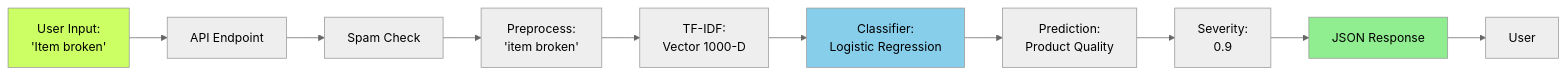
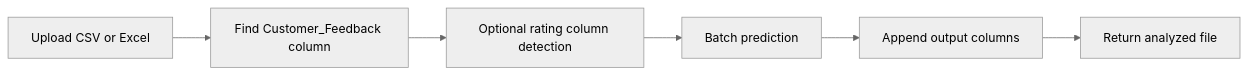
The third of 5 diagrams in Docs/PIPELINE_FLOW_DIAGRAM.md (Morbius00/Return-Intelligence-System-RIS-), drawn with Mermaid (neutral theme) before and after one commit. The commit also changed other lines of this file and 11 other files, not shown here.

````diff
--- a/Docs/PIPELINE_FLOW_DIAGRAM.md
+++ b/Docs/PIPELINE_FLOW_DIAGRAM.md
@@ -405,16 +41,8 @@
 ```mermaid
 flowchart LR
-    A[User Input:<br/>'Item broken'] --> B[API Endpoint]
-    B --> C[Spam Check]
-    C --> D[Preprocess:<br/>'item broken']
-    D --> E[TF-IDF:<br/>Vector 1000-D]
-    E --> F[Classifier:<br/>Logistic Regression]
-    F --> G[Prediction:<br/>Product Quality]
-    G --> H[Severity:<br/>0.9]
-    H --> I[JSON Response]
-    I --> J[User]
-    
-    style A fill:#CBFF63
-    style F fill:#87CEEB
-    style I fill:#90EE90
+    A[Upload CSV or Excel] --> B[Find Customer_Feedback column]
+    B --> C[Optional rating column detection]
+    C --> D[Batch prediction]
+    D --> E[Append output columns]
+    E --> F[Return analyzed file]
 ```
````
